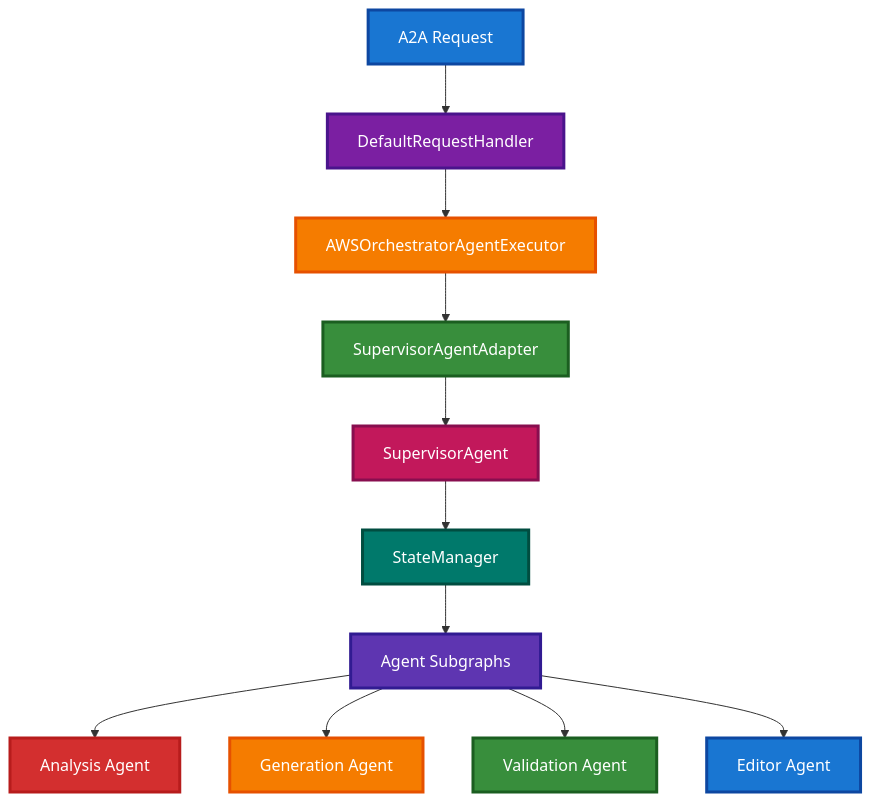
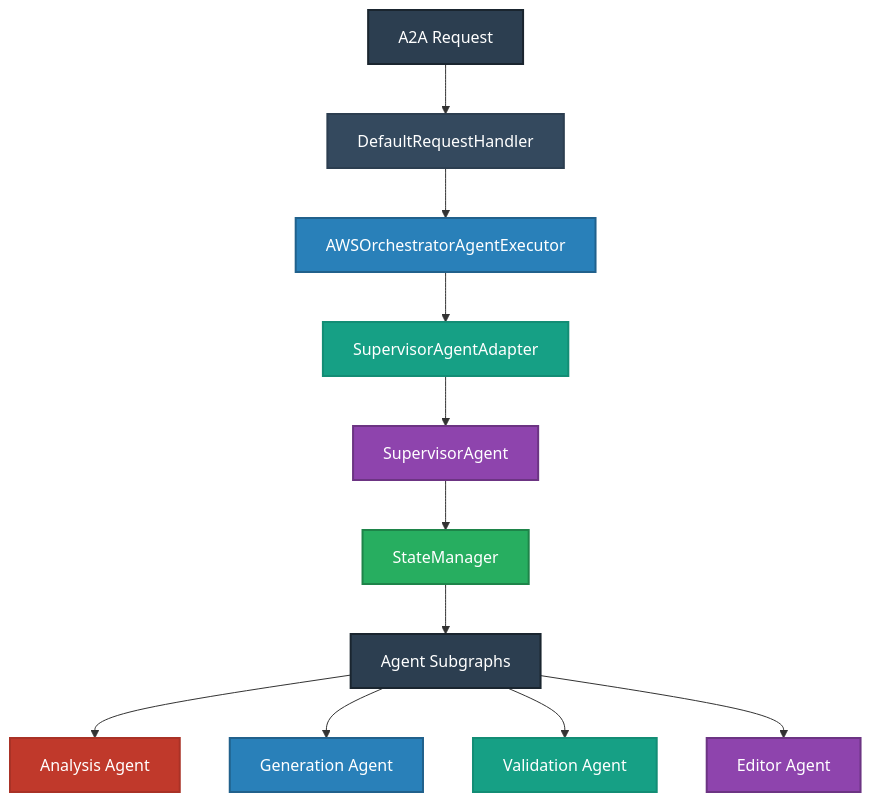
One commit to talkops-ai/aws-orchestrator-agent changed the second of 3 diagrams in README.md. Above: the diagram before and after it, drawn with Mermaid. The commit also changed other lines of this file, not shown here.

Commit message:
change the color scheme for mermaid diagram

````diff
--- a/README.md
+++ b/README.md
@@ -125,26 +125,26 @@
 ```mermaid
 graph TD
     A[A2A Request] --> B[DefaultRequestHandler]
     B --> C[AWSOrchestratorAgentExecutor]
     C --> D[SupervisorAgentAdapter]
     D --> E[SupervisorAgent]
     E --> F[StateManager]
     F --> G[Agent Subgraphs]
     
     G --> H[Analysis Agent]
     G --> I[Generation Agent]
     G --> J[Validation Agent]
     G --> K[Editor Agent]
     
-    style A fill:#1976d2,stroke:#0d47a1,stroke-width:3px,color:#fff
-    style B fill:#7b1fa2,stroke:#4a148c,stroke-width:3px,color:#fff
-    style C fill:#f57c00,stroke:#e65100,stroke-width:3px,color:#fff
-    style D fill:#388e3c,stroke:#1b5e20,stroke-width:3px,color:#fff
-    style E fill:#c2185b,stroke:#880e4f,stroke-width:3px,color:#fff
-    style F fill:#00796b,stroke:#004d40,stroke-width:3px,color:#fff
-    style G fill:#5e35b1,stroke:#311b92,stroke-width:3px,color:#fff
-    style H fill:#d32f2f,stroke:#b71c1c,stroke-width:3px,color:#fff
-    style I fill:#f57c00,stroke:#e65100,stroke-width:3px,color:#fff
-    style J fill:#388e3c,stroke:#1b5e20,stroke-width:3px,color:#fff
-    style K fill:#1976d2,stroke:#0d47a1,stroke-width:3px,color:#fff
+    style A fill:#2c3e50,stroke:#1a252f,stroke-width:2px,color:#fff
+    style B fill:#34495e,stroke:#2c3e50,stroke-width:2px,color:#fff
+    style C fill:#2980b9,stroke:#21618c,stroke-width:2px,color:#fff
+    style D fill:#16a085,stroke:#138d75,stroke-width:2px,color:#fff
+    style E fill:#8e44ad,stroke:#6c3483,stroke-width:2px,color:#fff
+    style F fill:#27ae60,stroke:#1e8449,stroke-width:2px,color:#fff
+    style G fill:#2c3e50,stroke:#1a252f,stroke-width:2px,color:#fff
+    style H fill:#c0392b,stroke:#a93226,stroke-width:2px,color:#fff
+    style I fill:#2980b9,stroke:#21618c,stroke-width:2px,color:#fff
+    style J fill:#16a085,stroke:#138d75,stroke-width:2px,color:#fff
+    style K fill:#8e44ad,stroke:#6c3483,stroke-width:2px,color:#fff
 ```
````
